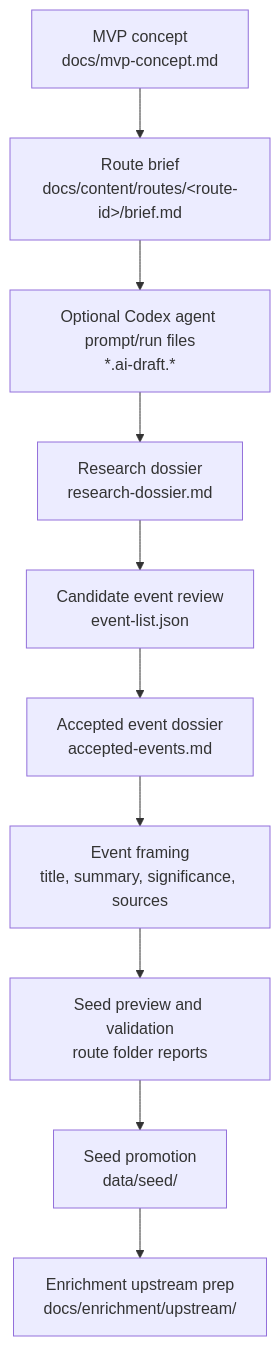
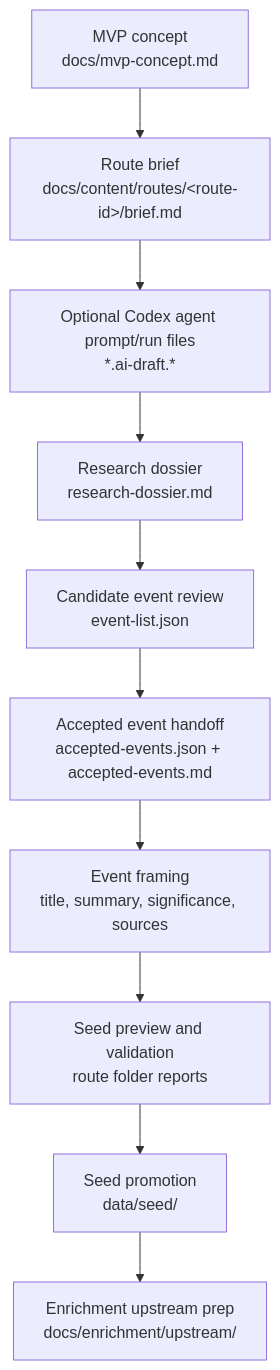
Before and after one commit to gititinyoursoul/soundatlas: the diagram in docs/content/editorial-workflow.md, drawn with Mermaid. The commit also changed other lines of this file and 5 other files, not shown here.

First line of the commit message:
feat(data): add accepted-events pipeline gate

````diff
--- a/docs/content/editorial-workflow.md
+++ b/docs/content/editorial-workflow.md
@@ -18,12 +18,12 @@
 ```mermaid
 flowchart TD
   A["MVP concept<br/>docs/mvp-concept.md"] --> B["Route brief<br/>docs/content/routes/&lt;route-id&gt;/brief.md"]
   B --> I["Optional Codex agent prompt/run files<br/>*.ai-draft.*"]
   I --> C["Research dossier<br/>research-dossier.md"]
   C --> D["Candidate event review<br/>event-list.json"]
-  D --> J["Accepted event dossier<br/>accepted-events.md"]
+  D --> J["Accepted event handoff<br/>accepted-events.json + accepted-events.md"]
   J --> E["Event framing<br/>title, summary, significance, sources"]
   E --> H["Seed preview and validation<br/>route folder reports"]
   H --> F["Seed promotion<br/>data/seed/"]
   F --> G["Enrichment upstream prep<br/>docs/enrichment/upstream/"]
 ```
````
